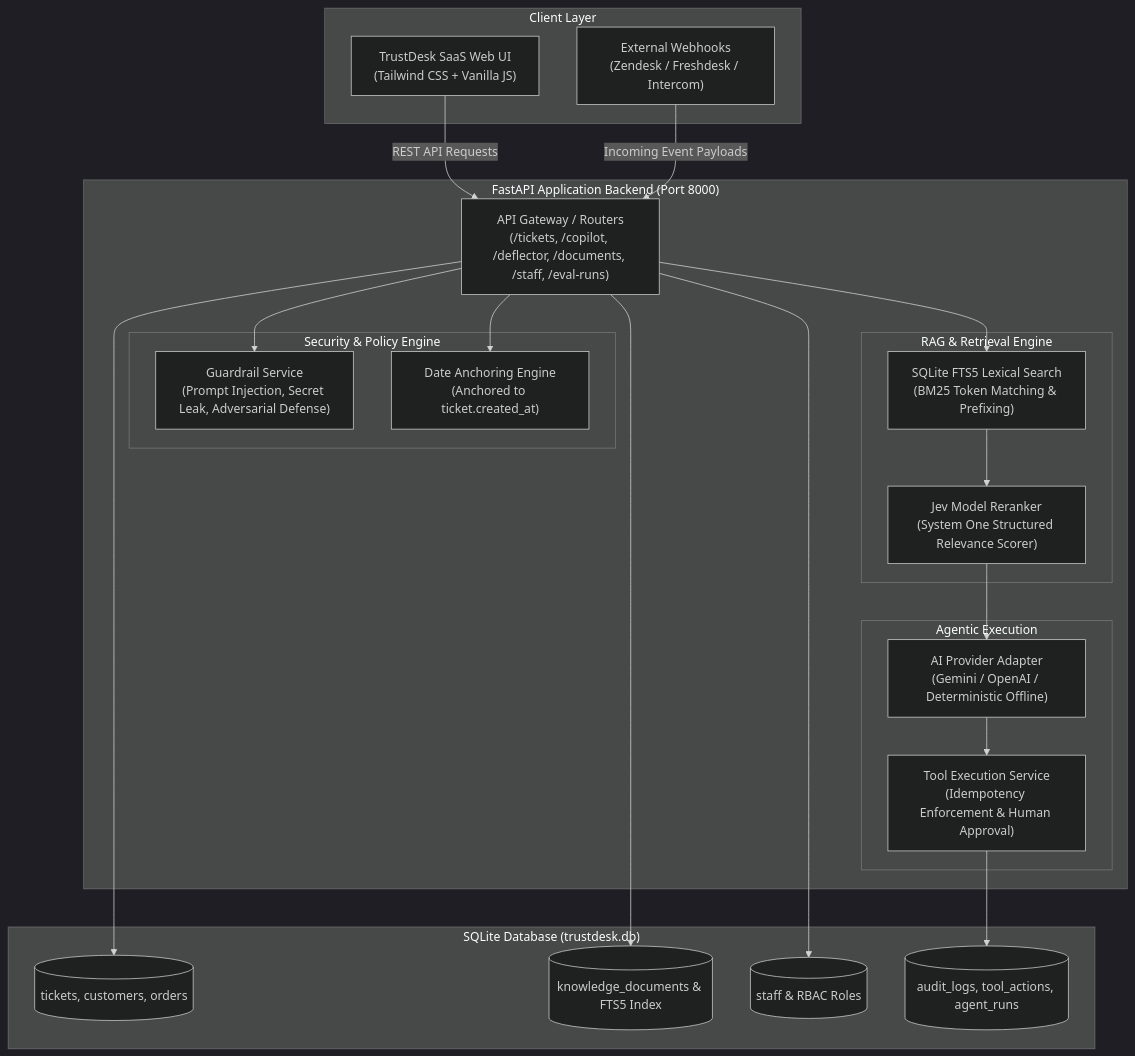
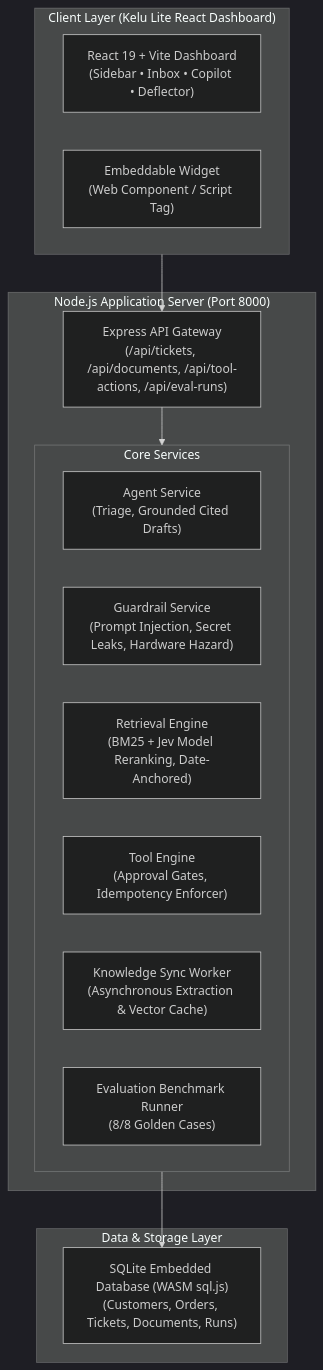
One commit to guruvikra/trustdesk changed the diagram in README.md. Above: the diagram before and after it, drawn with Mermaid (dark theme). The commit also changed other lines of this file and 5580 other files, not shown here.

Commit message:
feat: complete Node.js Kelu Lite support operations platform with React dashboard

````diff
--- a/README.md
+++ b/README.md
@@ -46,46 +16,28 @@
 ```mermaid
 flowchart TD
-    subgraph Client ["Client Layer"]
-        UI["TrustDesk SaaS Web UI<br/>(Tailwind CSS + Vanilla JS)"]
-        WH["External Webhooks<br/>(Zendesk / Freshdesk / Intercom)"]
+    subgraph ClientLayer ["Client Layer (Kelu Lite React Dashboard)"]
+        UI["React 19 + Vite Dashboard<br/>(Sidebar • Inbox • Copilot • Deflector)"]
+        Widget["Embeddable Widget<br/>(Web Component / Script Tag)"]
     end
 
-    subgraph FastAPIServer ["FastAPI Application Backend (Port 8000)"]
-        Router["API Gateway / Routers<br/>(/tickets, /copilot, /deflector, /documents, /staff, /eval-runs)"]
+    subgraph ServerLayer ["Node.js Application Server (Port 8000)"]
+        Router["Express API Gateway<br/>(/api/tickets, /api/documents, /api/tool-actions, /api/eval-runs)"]
         
-        subgraph SafetyAndSecurity ["Security & Policy Engine"]
-            Guard["Guardrail Service<br/>(Prompt Injection, Secret Leak, Adversarial Defense)"]
-            Anchor["Date Anchoring Engine<br/>(Anchored to ticket.created_at)"]
-        end
-
-        subgraph RAGPipeline ["RAG & Retrieval Engine"]
-            FTS["SQLite FTS5 Lexical Search<br/>(BM25 Token Matching & Prefixing)"]
-            Jev["Jev Model Reranker<br/>(System One Structured Relevance Scorer)"]
-        end
-
-        subgraph Execution ["Agentic Execution"]
-            AI["AI Provider Adapter<br/>(Gemini / OpenAI / Deterministic Offline)"]
-            Tools["Tool Execution Service<br/>(Idempotency Enforcement & Human Approval)"]
+        subgraph Services ["Core Services"]
+            Agent["Agent Service<br/>(Triage, Grounded Cited Drafts)"]
+            Guard["Guardrail Service<br/>(Prompt Injection, Secret Leaks, Hardware Hazard)"]
+            Retrieval["Retrieval Engine<br/>(BM25 + Jev Model Reranking, Date-Anchored)"]
+            Actions["Tool Engine<br/>(Approval Gates, Idempotency Enforcer)"]
+            Worker["Knowledge Sync Worker<br/>(Asynchronous Extraction & Vector Cache)"]
+            Evaluator["Evaluation Benchmark Runner<br/>(8/8 Golden Cases)"]
         end
     end
 
-    subgraph Storage ["SQLite Database (trustdesk.db)"]
-        DB_Tickets[("tickets, customers, orders")]
-        DB_KB[("knowledge_documents & FTS5 Index")]
-        DB_Staff[("staff & RBAC Roles")]
-        DB_Audit[("audit_logs, tool_actions, agent_runs")]
+    subgraph DataLayer ["Data & Storage Layer"]
+        DB["SQLite Embedded Database (WASM sql.js)<br/>(Customers, Orders, Tickets, Documents, Runs)"]
     end
 
-    UI -->|REST API Requests| Router
-    WH -->|Incoming Event Payloads| Router
-    Router --> Guard
-    Router --> Anchor
-    Router --> FTS
-    FTS --> Jev
-    Jev --> AI
-    AI --> Tools
-    Tools --> DB_Audit
-    Router --> DB_Tickets
-    Router --> DB_KB
-    Router --> DB_Staff
+    ClientLayer --> Router
+    Router --> Services
+    Services --> DB
 ```
````
